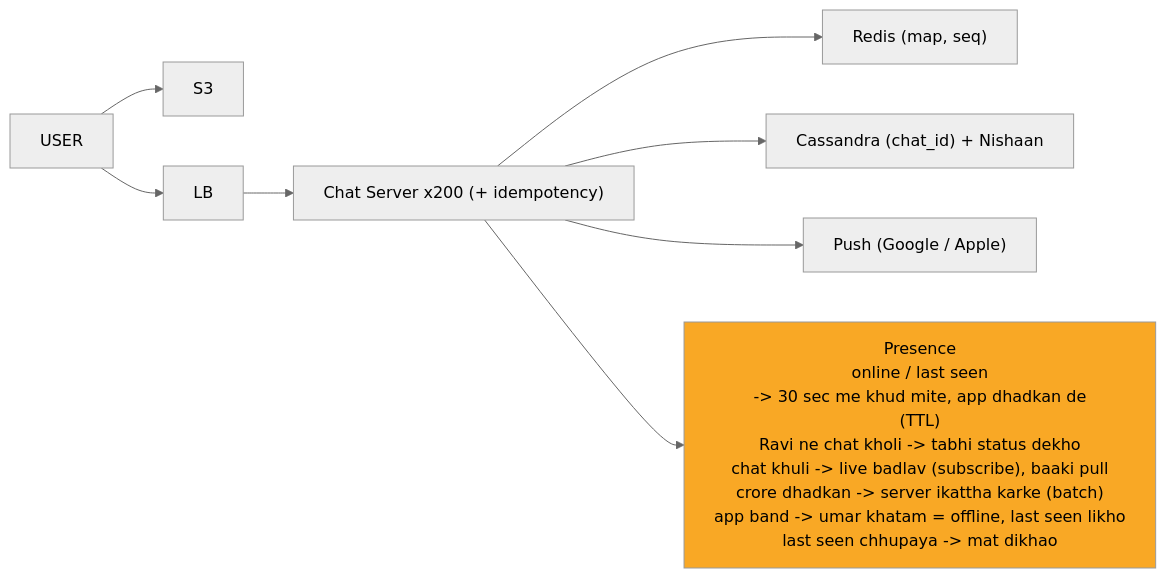
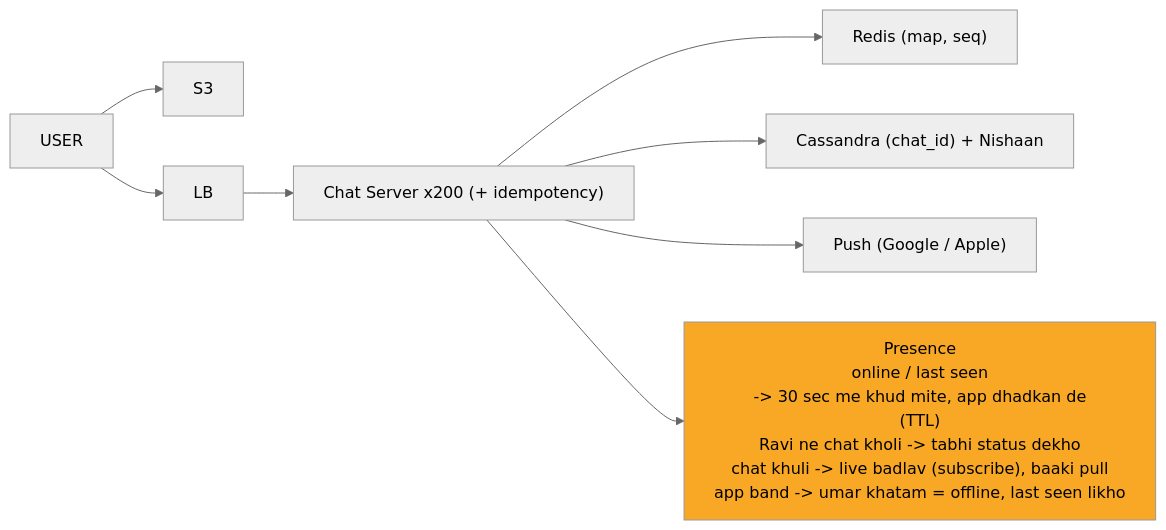
One commit to ArpanMaheshwari144/Prep changed diagram 11 of 12 in 04_HLD/SYSTEM_DESIGNS/14_chat_messaging/14_chat_messaging.md. Above: the diagram before and after it, drawn with Mermaid (neutral theme). The commit also changed other lines of this file and 13 other files, not shown here.

````diff
--- a/04_HLD/SYSTEM_DESIGNS/14_chat_messaging/14_chat_messaging.md
+++ b/04_HLD/SYSTEM_DESIGNS/14_chat_messaging/14_chat_messaging.md
@@ -473,20 +473,20 @@
 ```mermaid
 %%{init: {"flowchart": {"wrappingWidth": 450}}}%%
 flowchart LR
     n_S3["S3"]
     n_U["USER"]
     n_LB["LB"]
     n_CS["Chat Server x200 (+ idempotency)"]
     n_R["Redis (map, seq)"]
     n_CA["Cassandra (chat_id) + Nishaan"]
     n_P["Push (Google / Apple)"]
-    n_PR["Presence<br/>online / last seen<br/>-> 30 sec me khud mite, app dhadkan de<br/>(TTL)<br/>Ravi ne chat kholi -> tabhi status dekho<br/>chat khuli -> live badlav (subscribe), baaki pull<br/>crore dhadkan -> server ikattha karke (batch)<br/>app band -> umar khatam = offline, last seen likho<br/>last seen chhupaya -> mat dikhao"]
+    n_PR["Presence<br/>online / last seen<br/>-> 30 sec me khud mite, app dhadkan de<br/>(TTL)<br/>Ravi ne chat kholi -> tabhi status dekho<br/>chat khuli -> live badlav (subscribe), baaki pull<br/>app band -> umar khatam = offline, last seen likho"]
     n_U --> n_S3
     n_U --> n_LB
     n_LB --> n_CS
     n_CS --> n_R
     n_CS --> n_CA
     n_CS --> n_P
     n_CS --> n_PR
     style n_PR fill:#f9a825,color:#000
 ```
````
